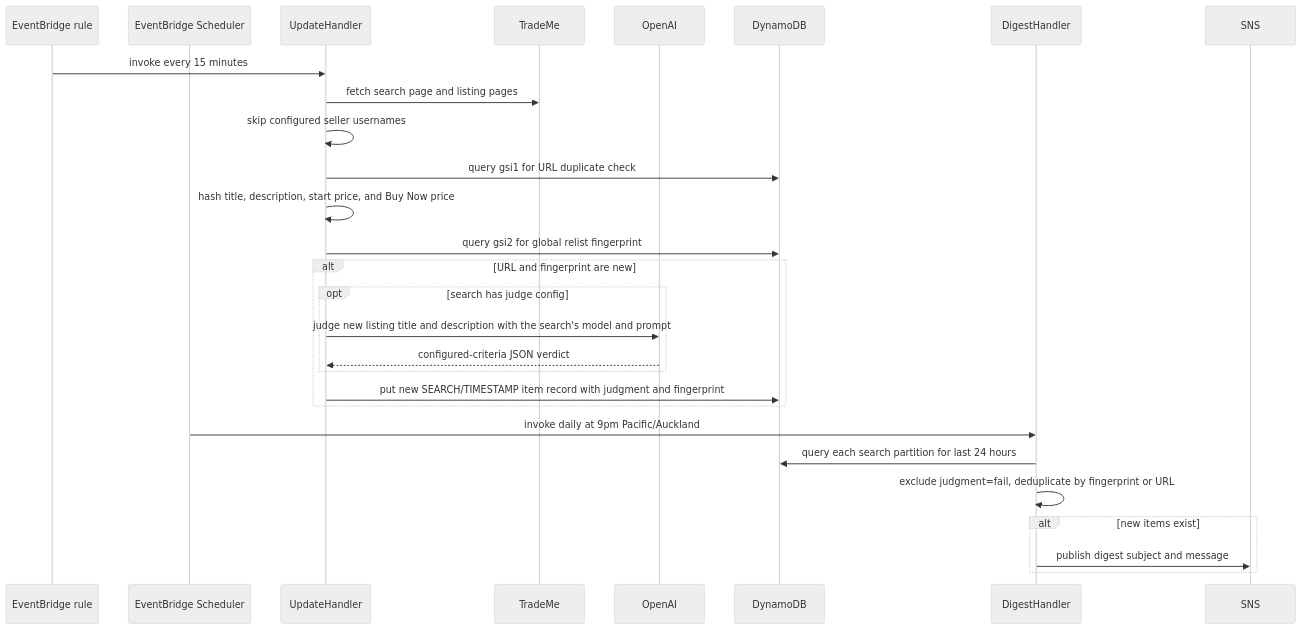
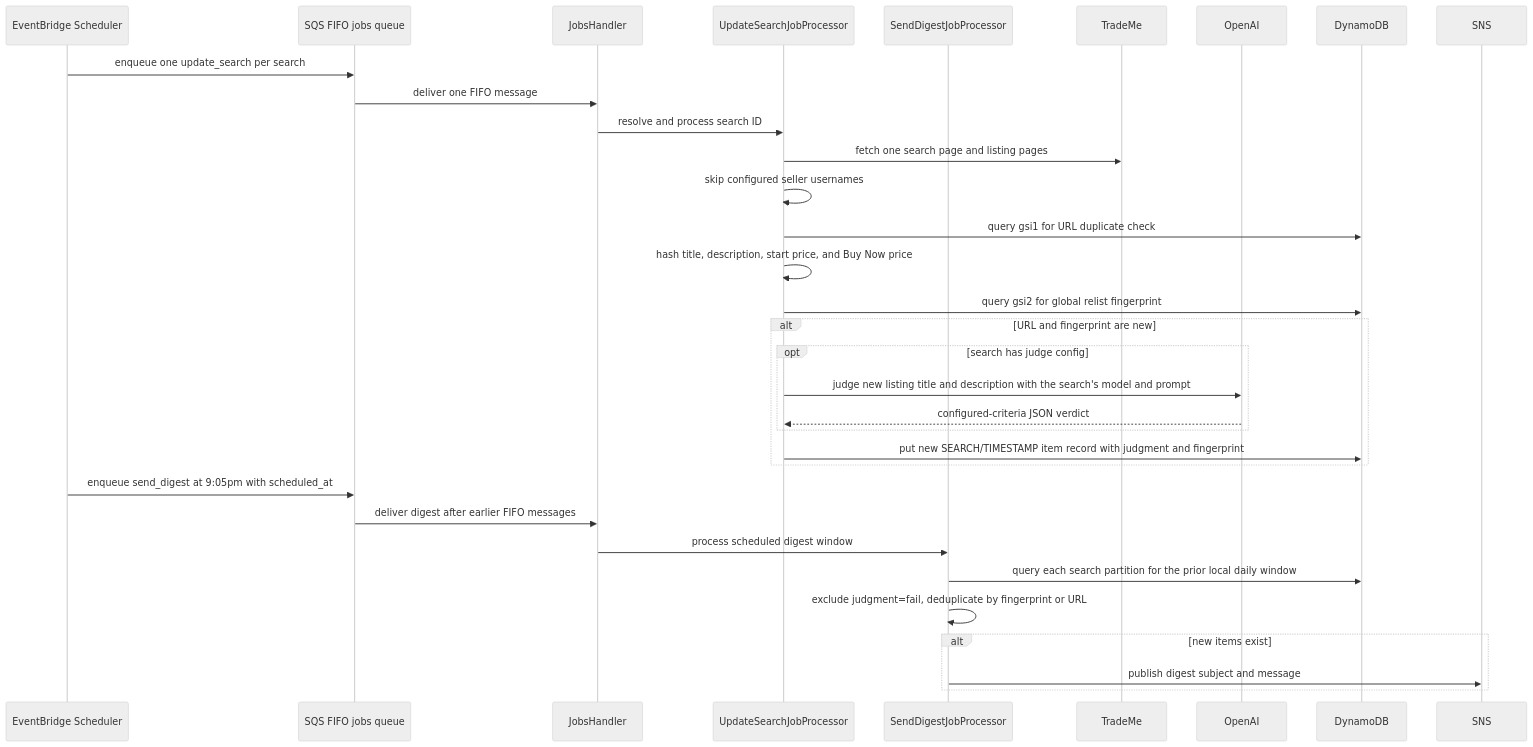
The second of 2 diagrams in auction_tracker_api/README.md (jordansimsmith/jordansimsmith-com), drawn with Mermaid (neutral theme) before and after one commit. The commit also changed other lines of this file and 20 other files, not shown here.

Commit message:
Adopt FIFO queue model for auction tracker

````diff
--- a/auction_tracker_api/README.md
+++ b/auction_tracker_api/README.md
@@ -71,31 +79,36 @@
 ```mermaid
 sequenceDiagram
-  participant UpdateSchedule as EventBridge rule
-  participant DigestSchedule as EventBridge Scheduler
-  participant UpdateHandler
+  participant UpdateSchedule as EventBridge Scheduler
+  participant JobsQueue as SQS FIFO jobs queue
+  participant JobsHandler
+  participant SearchProcessor as UpdateSearchJobProcessor
+  participant DigestProcessor as SendDigestJobProcessor
   participant TradeMe
   participant OpenAI
   participant DynamoDB
-  participant DigestHandler
   participant SNS
 
-  UpdateSchedule->>UpdateHandler: invoke every 15 minutes
-  UpdateHandler->>TradeMe: fetch search page and listing pages
-  UpdateHandler->>UpdateHandler: skip configured seller usernames
-  UpdateHandler->>DynamoDB: query gsi1 for URL duplicate check
-  UpdateHandler->>UpdateHandler: hash title, description, start price, and Buy Now price
-  UpdateHandler->>DynamoDB: query gsi2 for global relist fingerprint
+  UpdateSchedule->>JobsQueue: enqueue one update_search per search
+  JobsQueue->>JobsHandler: deliver one FIFO message
+  JobsHandler->>SearchProcessor: resolve and process search ID
+  SearchProcessor->>TradeMe: fetch one search page and listing pages
+  SearchProcessor->>SearchProcessor: skip configured seller usernames
+  SearchProcessor->>DynamoDB: query gsi1 for URL duplicate check
+  SearchProcessor->>SearchProcessor: hash title, description, start price, and Buy Now price
+  SearchProcessor->>DynamoDB: query gsi2 for global relist fingerprint
   alt URL and fingerprint are new
     opt search has judge config
-      UpdateHandler->>OpenAI: judge new listing title and description with the search's model and prompt
-      OpenAI-->>UpdateHandler: configured-criteria JSON verdict
+      SearchProcessor->>OpenAI: judge new listing title and description with the search's model and prompt
+      OpenAI-->>SearchProcessor: configured-criteria JSON verdict
     end
-    UpdateHandler->>DynamoDB: put new SEARCH/TIMESTAMP item record with judgment and fingerprint
+    SearchProcessor->>DynamoDB: put new SEARCH/TIMESTAMP item record with judgment and fingerprint
   end
-  DigestSchedule->>DigestHandler: invoke daily at 9pm Pacific/Auckland
-  DigestHandler->>DynamoDB: query each search partition for last 24 hours
-  DigestHandler->>DigestHandler: exclude judgment=fail, deduplicate by fingerprint or URL
+  UpdateSchedule->>JobsQueue: enqueue send_digest at 9:05pm with scheduled_at
+  JobsQueue->>JobsHandler: deliver digest after earlier FIFO messages
+  JobsHandler->>DigestProcessor: process scheduled digest window
+  DigestProcessor->>DynamoDB: query each search partition for the prior local daily window
+  DigestProcessor->>DigestProcessor: exclude judgment=fail, deduplicate by fingerprint or URL
   alt new items exist
-    DigestHandler->>SNS: publish digest subject and message
+    DigestProcessor->>SNS: publish digest subject and message
   end
 ```
````
